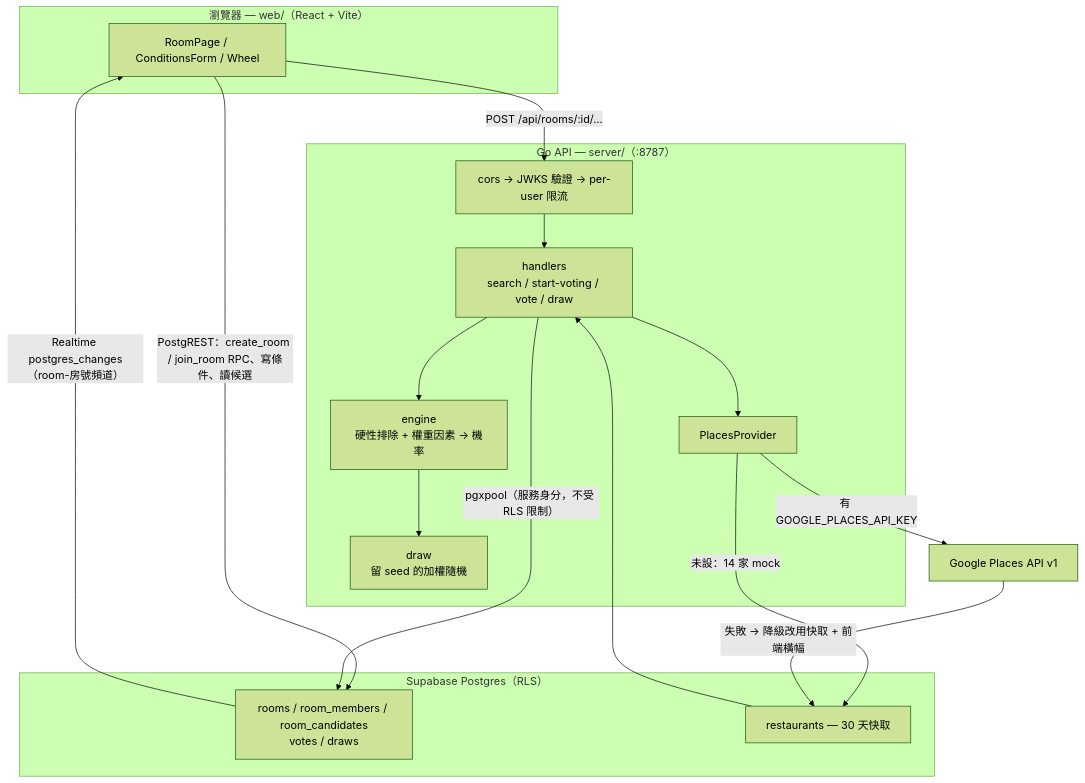
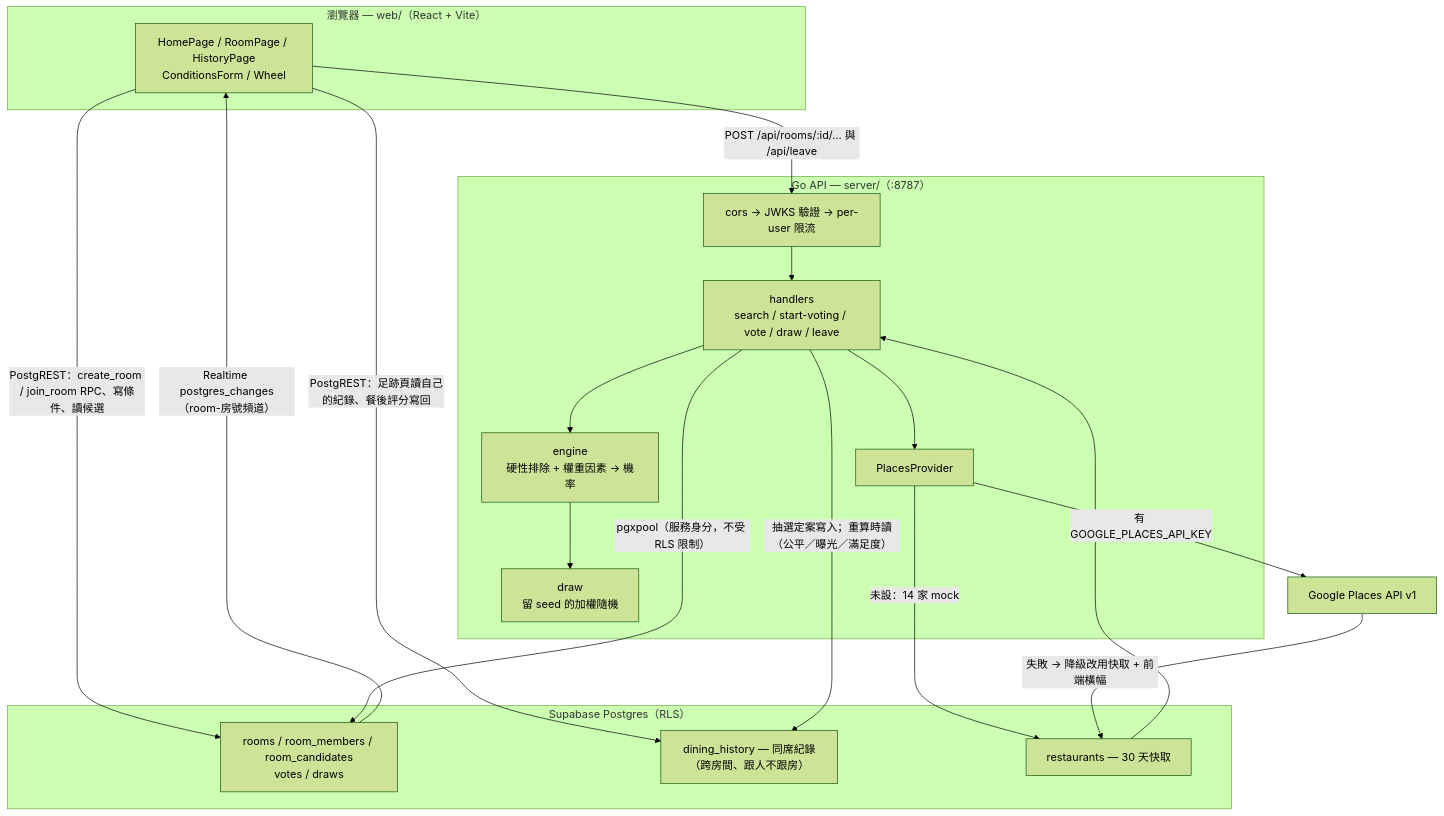
One commit to ray910408/FairBite changed the diagram in README.md. Above: the diagram before and after it, drawn with Mermaid (forest theme). The commit also changed other lines of this file and 2 other files, not shown here.

````diff
--- a/README.md
+++ b/README.md
@@ -10,33 +23,36 @@
 ```mermaid
 flowchart TB
   subgraph W["瀏覽器 — web/（React + Vite）"]
-    UI["RoomPage / ConditionsForm / Wheel"]
+    UI["HomePage / RoomPage / HistoryPage<br/>ConditionsForm / Wheel"]
   end
 
   subgraph G["Go API — server/（:8787）"]
     MW["cors → JWKS 驗證 → per-user 限流"]
-    H["handlers<br/>search / start-voting / vote / draw"]
+    H["handlers<br/>search / start-voting / vote / draw / leave"]
     E["engine<br/>硬性排除 + 權重因素 → 機率"]
     D["draw<br/>留 seed 的加權隨機"]
     P["PlacesProvider"]
   end
 
   subgraph S["Supabase Postgres（RLS）"]
     T["rooms / room_members / room_candidates<br/>votes / draws"]
+    HI["dining_history — 同席紀錄（跨房間、跟人不跟房）"]
     C["restaurants — 30 天快取"]
   end
 
   GP["Google Places API v1"]
 
   UI -->|"PostgREST：create_room / join_room RPC、寫條件、讀候選"| T
   T -->|"Realtime postgres_changes（room-房號頻道）"| UI
-  UI -->|"POST /api/rooms/:id/…"| MW
+  UI -->|"POST /api/rooms/:id/… 與 /api/leave"| MW
   MW --> H
   H --> E --> D
   H --> P
   P -->|"有 GOOGLE_PLACES_API_KEY"| GP
   P -->|"未設：14 家 mock"| C
   GP -->|"失敗 → 降級改用快取 + 前端橫幅"| C
   C --> H
   H -->|"pgxpool（服務身分，不受 RLS 限制）"| T
+  UI -->|"PostgREST：足跡頁讀自己的紀錄、餐後評分寫回"| HI
+  H -->|"抽選定案寫入；重算時讀（公平／曝光／滿足度）"| HI
 ```
````
